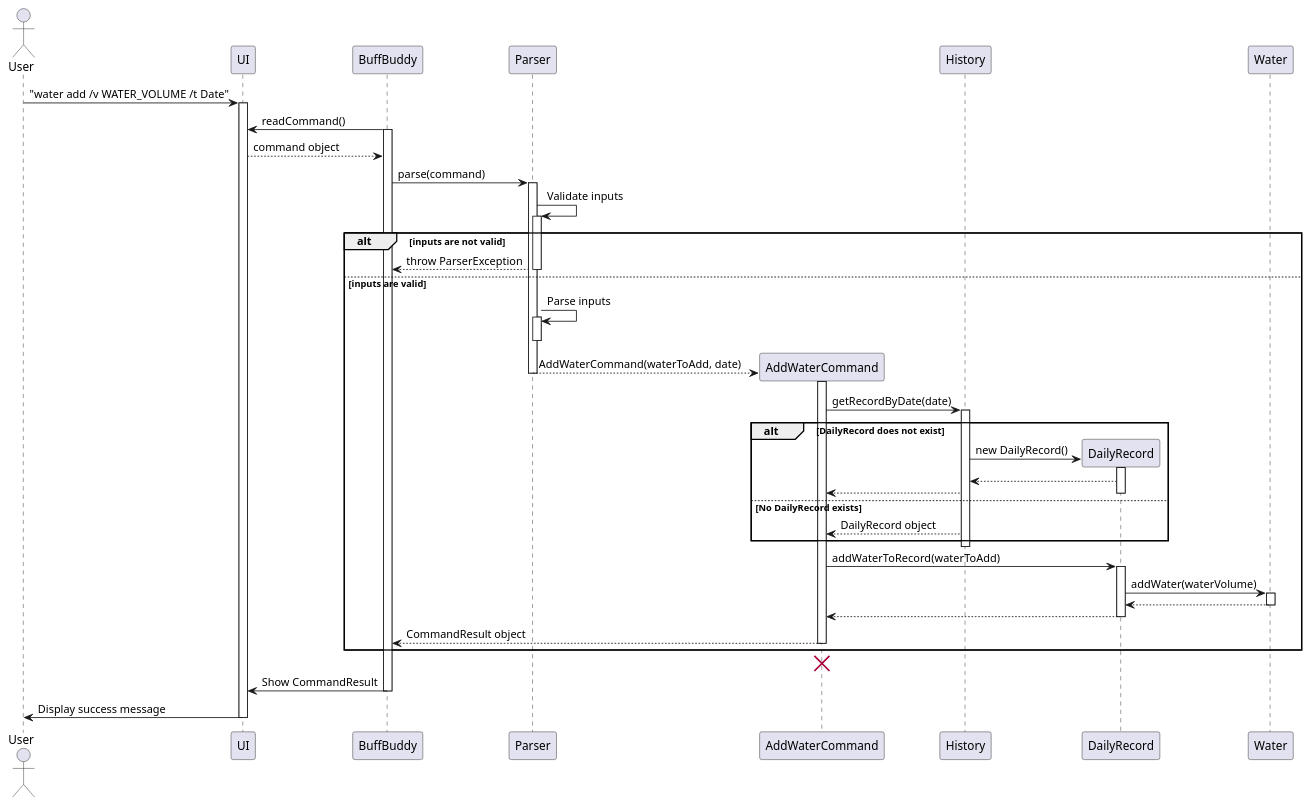
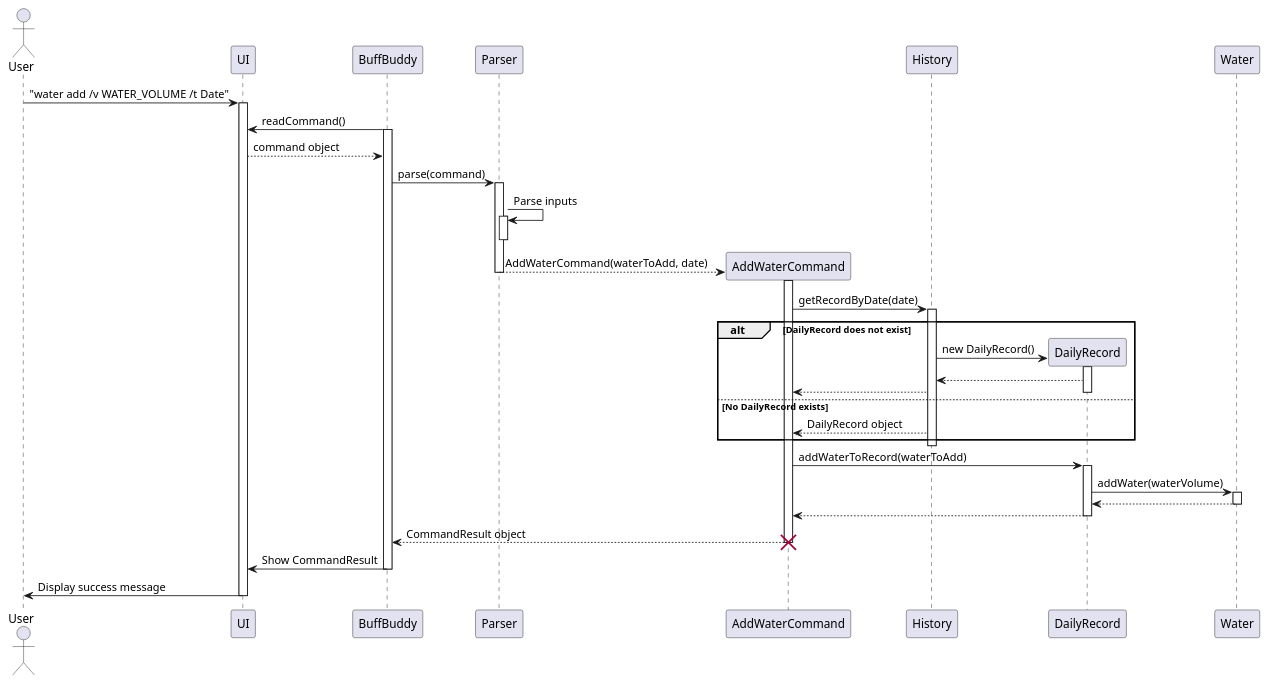
One commit to nus-cs2113-AY2425S1/tp changed the diagram in docs/diagrams/addWaterSequenceDiagram.puml. Above: the diagram before and after it, drawn with PlantUML.

Commit message:
Update Add Water

```diff
--- a/docs/diagrams/addWaterSequenceDiagram.puml
+++ b/docs/diagrams/addWaterSequenceDiagram.puml
@@ -1,72 +1,63 @@
 @startuml
 actor User
 participant "UI" as UI
 participant "BuffBuddy" as BB
 participant "Parser" as Parser
 participant "AddWaterCommand" as AddCmd
 participant "History" as History
 participant "DailyRecord" as DailyRec
 
 User -> UI: "water add /v WATER_VOLUME /t Date"
 activate UI
 BB -> UI: readCommand()
 activate BB
 UI --> BB: command object
 BB -> Parser: parse(command)
 activate Parser
-
-Parser -> Parser : Validate inputs
-activate Parser
-alt inputs are not valid
-    Parser --> BB : throw ParserException
-else inputs are valid
-deactivate Parser
-
 Parser -> Parser : Parse inputs
 activate Parser
 deactivate Parser
 create AddCmd
 Parser --> AddCmd: AddWaterCommand(waterToAdd, date)
 deactivate Parser
 
 activate AddCmd
 
 AddCmd -> History: getRecordByDate(date)
 activate History
 
 alt DailyRecord does not exist
   create DailyRec
   History -> DailyRec: new DailyRecord()
   activate DailyRec
   DailyRec --> History
   History --> AddCmd
   deactivate DailyRec
 else No DailyRecord exists
   History --> AddCmd: DailyRecord object
 end
 deactivate History
 
 AddCmd -> DailyRec: addWaterToRecord(waterToAdd)
 activate DailyRec
 
 DailyRec -> Water : addWater(waterVolume)
 activate Water
 
 Water --> DailyRec
 deactivate Water
 
 
 DailyRec --> AddCmd
 deactivate DailyRec
 
 AddCmd --> BB: CommandResult object
 deactivate AddCmd
-end
 destroy AddCmd
 
 BB -> UI: Show CommandResult
 deactivate BB
 
 UI -> User: Display success message
 deactivate UI
 @enduml
```
